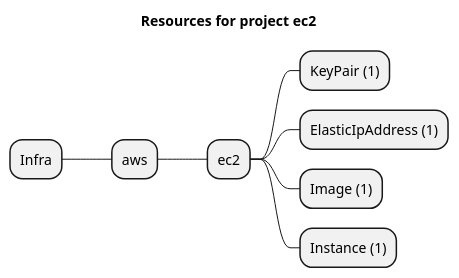
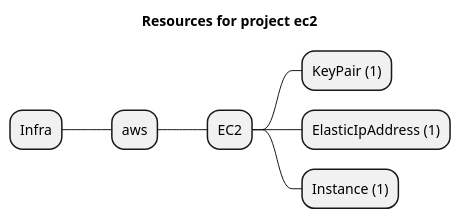
One commit to FredericHeem/grucloud-aws-demo changed the diagram in artifacts/resources-mindmap.puml. Above: the diagram before and after it, drawn with PlantUML. The commit also changed 12 other files, not shown here.

```diff
--- a/artifacts/resources-mindmap.puml
+++ b/artifacts/resources-mindmap.puml
@@ -1,11 +1,10 @@
 @startmindmap
 title Resources for project ec2
 skinparam monochrome true
 + Infra
 ++ aws
-+++ ec2
++++ EC2
 ++++ KeyPair (1)
 ++++ ElasticIpAddress (1)
-++++ Image (1)
 ++++ Instance (1)
 @endmindmap
```
